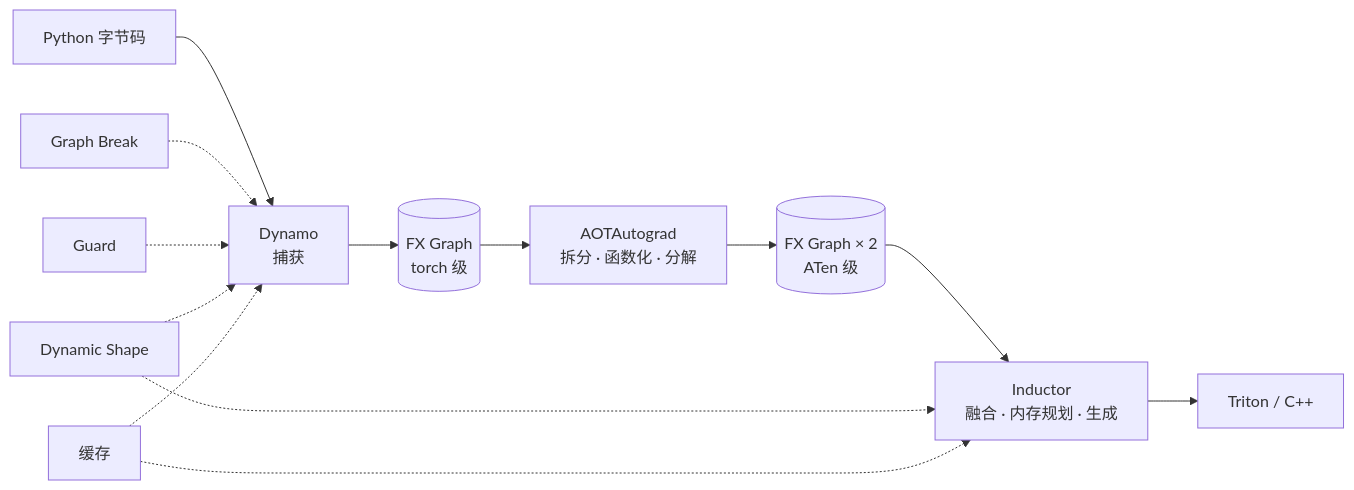
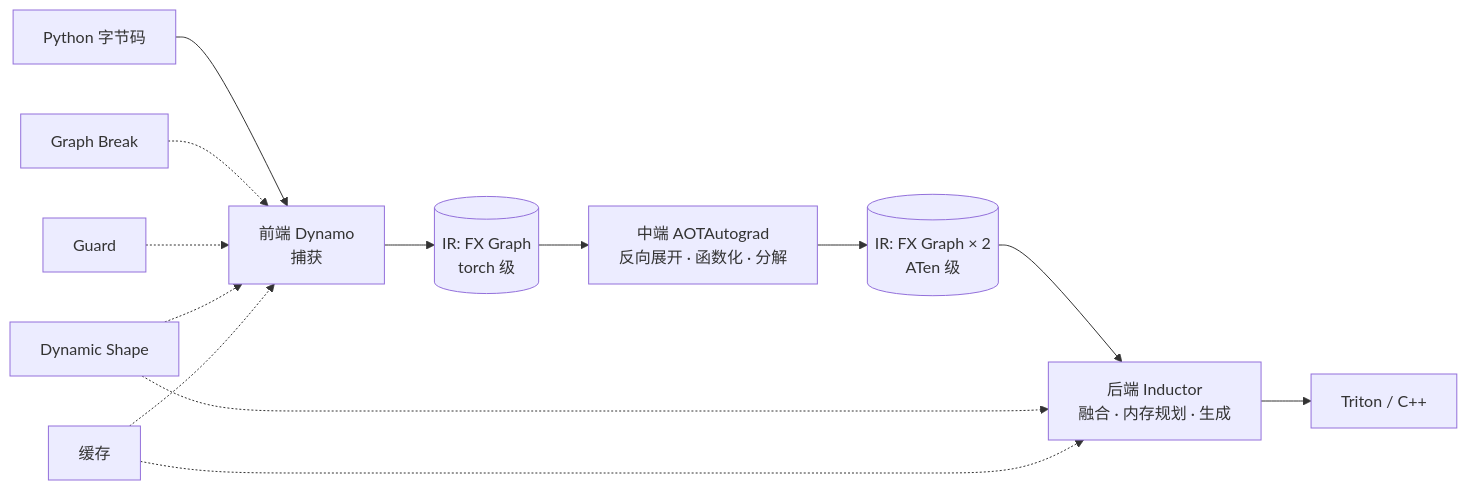
Before and after one commit to arganzheng/arganzheng.github.com: the third of 3 diagrams in _posts/2026-04-08-pytorch-compilation-and-graph-optimization.md, drawn with Mermaid. The commit also changed other lines of this file, not shown here.

````diff
--- a/_posts/2026-04-08-pytorch-compilation-and-graph-optimization.md
+++ b/_posts/2026-04-08-pytorch-compilation-and-graph-optimization.md
@@ -787,15 +874,15 @@
 ```mermaid
 flowchart LR
-    PY[Python 字节码] --> DY[Dynamo<br/>捕获]
-    DY --> FX1[(FX Graph<br/>torch 级)]
-    FX1 --> AOT[AOTAutograd<br/>拆分 · 函数化 · 分解]
-    AOT --> FX2[(FX Graph × 2<br/>ATen 级)]
-    FX2 --> IND[Inductor<br/>融合 · 内存规划 · 生成]
+    PY[Python 字节码] --> DY[前端 Dynamo<br/>捕获]
+    DY --> FX1[(IR: FX Graph<br/>torch 级)]
+    FX1 --> AOT[中端 AOTAutograd<br/>反向展开 · 函数化 · 分解]
+    AOT --> FX2[(IR: FX Graph × 2<br/>ATen 级)]
+    FX2 --> IND[后端 Inductor<br/>融合 · 内存规划 · 生成]
     IND --> CODE[Triton / C++]
     GB[Graph Break] -.-> DY
     GD[Guard] -.-> DY
     DS[Dynamic Shape] -.-> DY
     DS -.-> IND
     CA[缓存] -.-> DY
     CA -.-> IND
 ```
````
